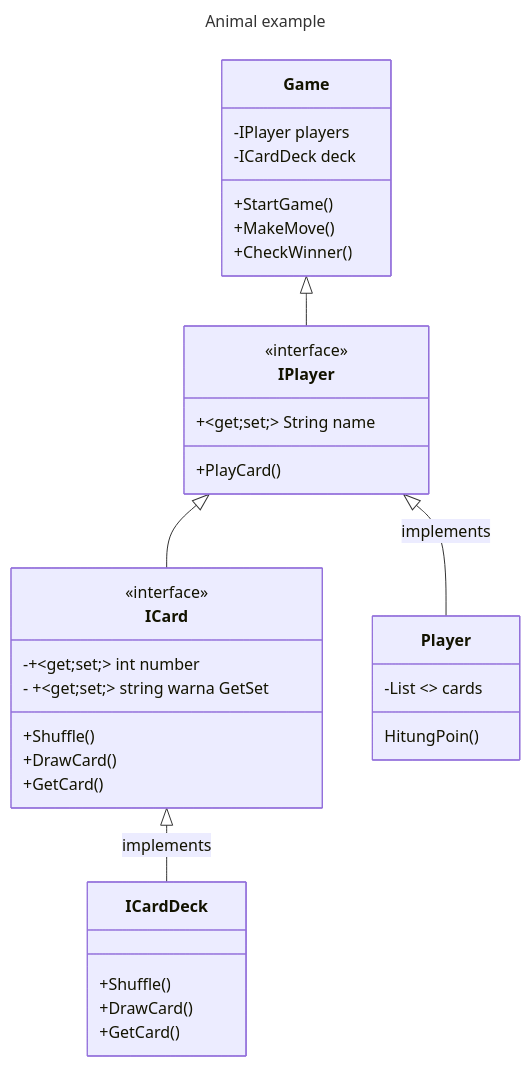
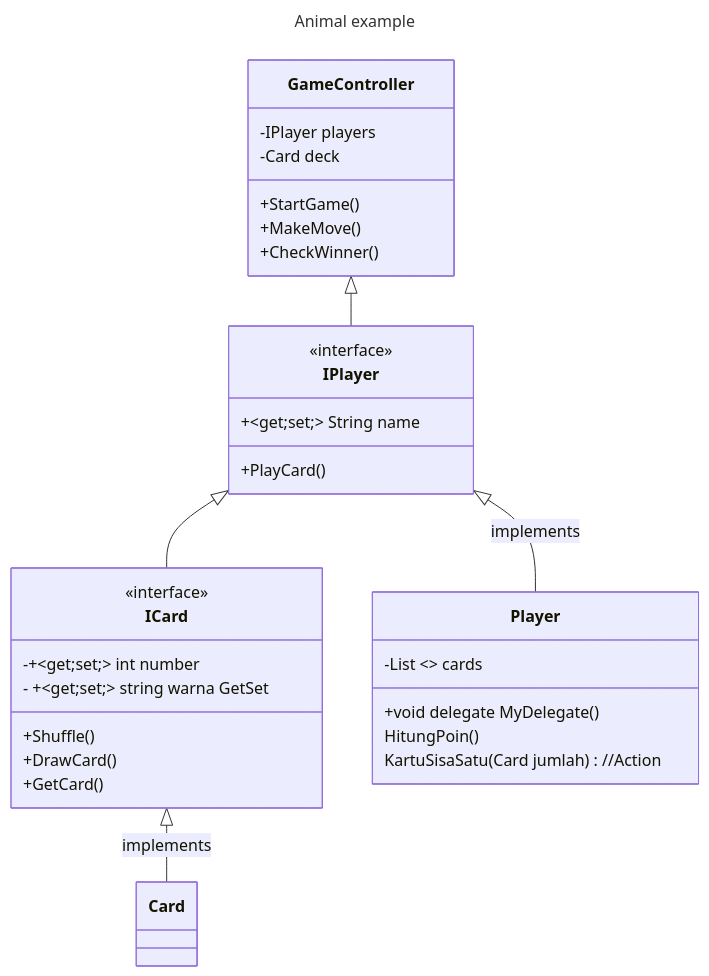
The diagram in Project/ClassDiagram.md (githubBella2/Bella_Bootcamp), drawn with Mermaid before and after one commit. The commit also changed 1 other file, not shown here.

Commit message:
Diagram +ctt day 8

````diff
--- a/Project/ClassDiagram.md
+++ b/Project/ClassDiagram.md
@@ -1,66 +1,64 @@
 ```mermaid
 ---
 title: Animal example
 ---
 classDiagram
 
-    Game <|-- IPlayer
+    GameController <|-- IPlayer
     
     %% Card <|-- Player
     IPlayer <|-- ICard
    
-   ICard <|-- ICardDeck : implements
-    %% ICardDeck <|-- CardDeck : implements
+   ICard <|-- Card : implements
+    %% Card <|-- CardDeck : implements
 
     %% Player <|-- IPlayer : implements
     IPlayer <|-- Player: implements
 
     
-    Game : -IPlayer players  
-    Game : -ICardDeck deck
-    Game : +StartGame()
-    Game : +MakeMove()
-    Game : +CheckWinner()
+    GameController : -IPlayer players  
+    GameController : -Card deck
+    GameController : +StartGame()
+    GameController : +MakeMove()
+    GameController : +CheckWinner()
 
     class ICard {
     <<interface>>
      -+~get;set;~ int number
         - +~get;set;~ string warna GetSet
         +Shuffle()
         +DrawCard()
-        +GetCard()
-       
+        +GetCard()   
     }
     
+    class Card{
+   
+    }
+    class IPlayer{
+    <<interface>>
+        +~get;set;~ String name 
+       
+        +PlayCard()
+    }
+    
+    class Player{
+        -List <<Card>> cards
+        +void delegate MyDelegate()
+        HitungPoin()
+        KartuSisaSatu(Card jumlah) //Action
+    }
 
-    class ICardDeck{
-   
-        +Shuffle()
-        +DrawCard()
-        +GetCard()
-    }
 
 
 
     %% class Player{
     %%     +String name GetSet
     %%     -List<Card> cards
 
 
     %% }
 
-    class IPlayer{
-    <<interface>>
-        +~get;set;~ String name 
-       
-        +PlayCard()
-    }
     
-    class Player{
-        -List <<Card>> cards
-        HitungPoin()
-    }
-
 
 
 ```
````
